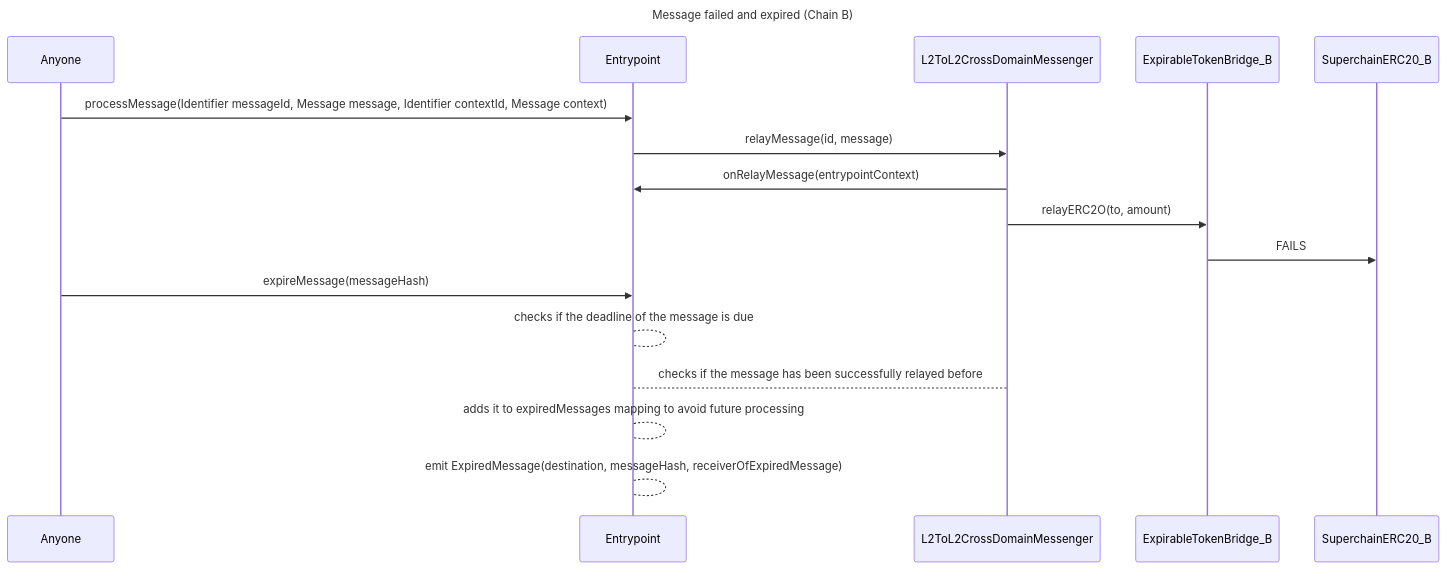
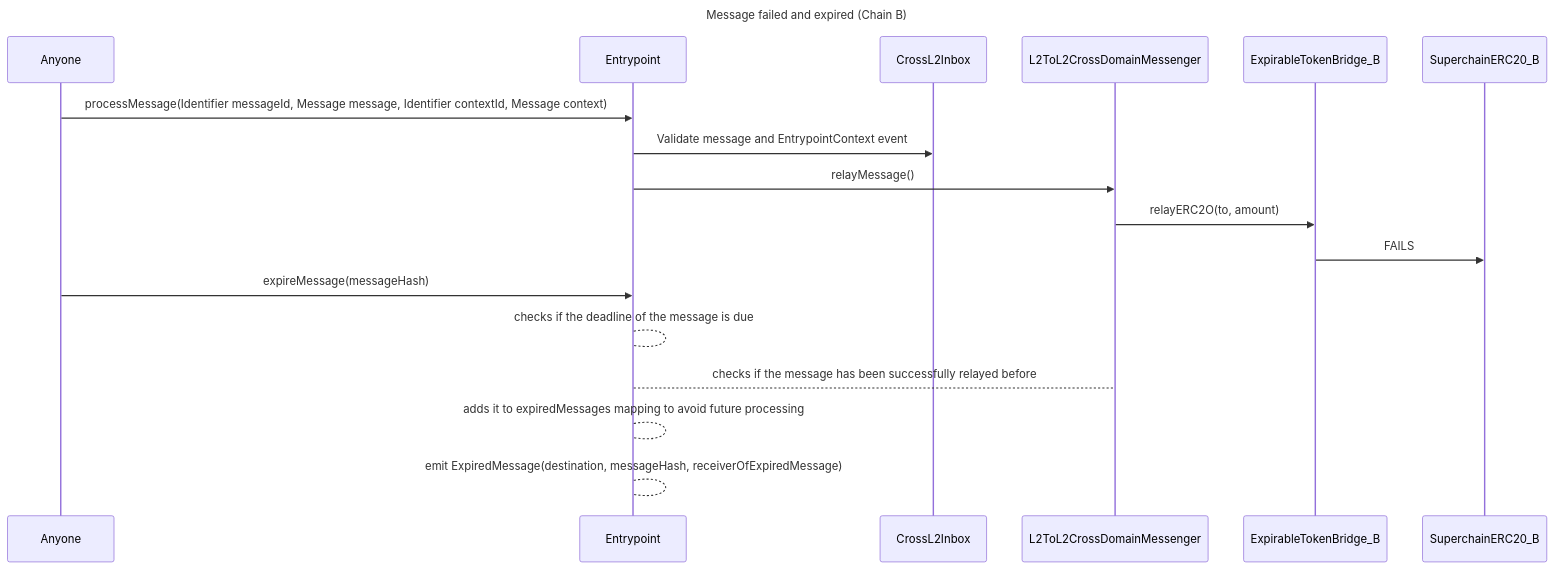
The second of 3 diagrams in protocol/messaging/entrypoints.md (ethereum-optimism/design-docs), drawn with Mermaid before and after one commit. The commit also changed other lines of this file, not shown here.

Commit message:
feat: rollback to first Context design

````diff
--- a/protocol/messaging/entrypoints.md
+++ b/protocol/messaging/entrypoints.md
@@ -123,17 +101,16 @@
 ```mermaid
 sequenceDiagram
 
 title Message failed and expired (Chain B)
 
 Anyone->>Entrypoint: processMessage(Identifier messageId, Message message, Identifier contextId, Message context)
-Entrypoint->>L2ToL2CrossDomainMessenger: relayMessage(id, message)
-L2ToL2CrossDomainMessenger ->> Entrypoint: onRelayMessage(entrypointContext)
+Entrypoint->>CrossL2Inbox: Validate message and EntrypointContext event
+Entrypoint->>L2ToL2CrossDomainMessenger: relayMessage()
 L2ToL2CrossDomainMessenger->>ExpirableTokenBridge_B: relayERC2O(to, amount)
 ExpirableTokenBridge_B->>SuperchainERC20_B: FAILS
 Anyone->>Entrypoint: expireMessage(messageHash)
 Entrypoint-->Entrypoint: checks if the deadline of the message is due
 Entrypoint-->L2ToL2CrossDomainMessenger: checks if the message has been successfully relayed before
 Entrypoint-->Entrypoint: adds it to expiredMessages mapping to avoid future processing
 Entrypoint-->Entrypoint: emit ExpiredMessage(destination, messageHash, receiverOfExpiredMessage)
-
 ```
````
